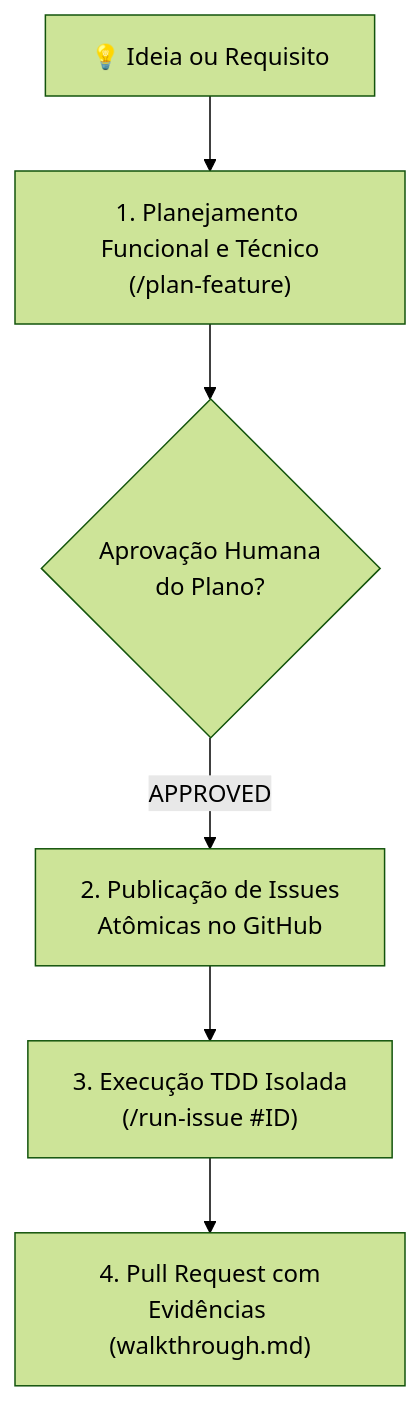
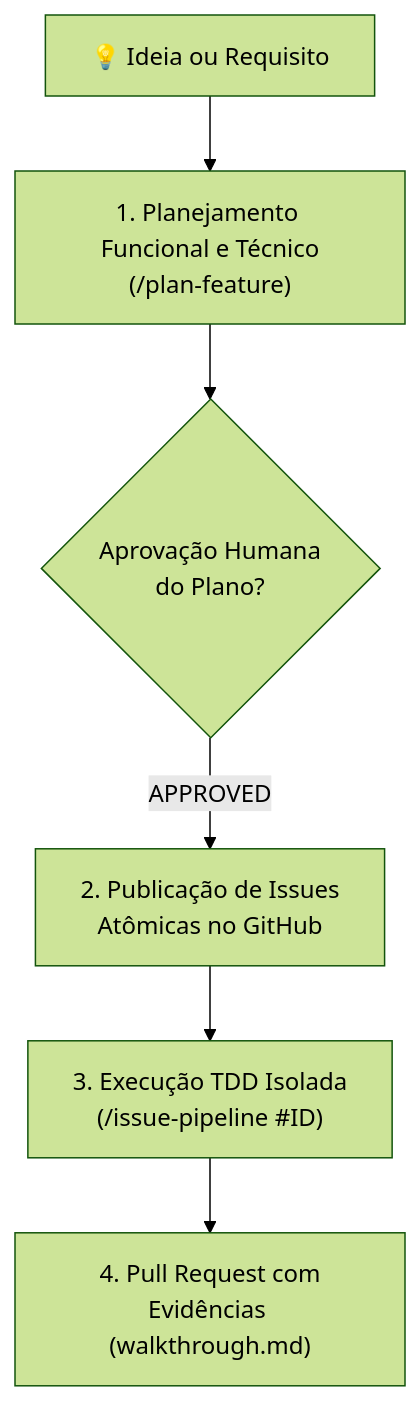
Before and after one commit to VitorJacom/my-agents: the diagram in docs/Getting-Started.md, drawn with Mermaid (forest theme). The commit also changed other lines of this file and 10 other files, not shown here.

Commit message:
docs(wiki): add Maestro flow to Skill-issue-pipeline and standardize /issue-pipeline command

````diff
--- a/docs/Getting-Started.md
+++ b/docs/Getting-Started.md
@@ -170,8 +170,8 @@
 ```mermaid
 flowchart TD
     Idea["💡 Ideia ou Requisito"] --> Plan["1. Planejamento Funcional e Técnico<br/>(/plan-feature)"]
     Plan --> Approval{"Aprovação Humana<br/>do Plano?"}
     Approval -- "APPROVED" --> Issues["2. Publicação de Issues<br/>Atômicas no GitHub"]
-    Issues --> Run["3. Execução TDD Isolada<br/>(/run-issue #ID)"]
+    Issues --> Run["3. Execução TDD Isolada<br/>(/issue-pipeline #ID)"]
     Run --> PR["4. Pull Request com<br/>Evidências (walkthrough.md)"]
 ```
````
